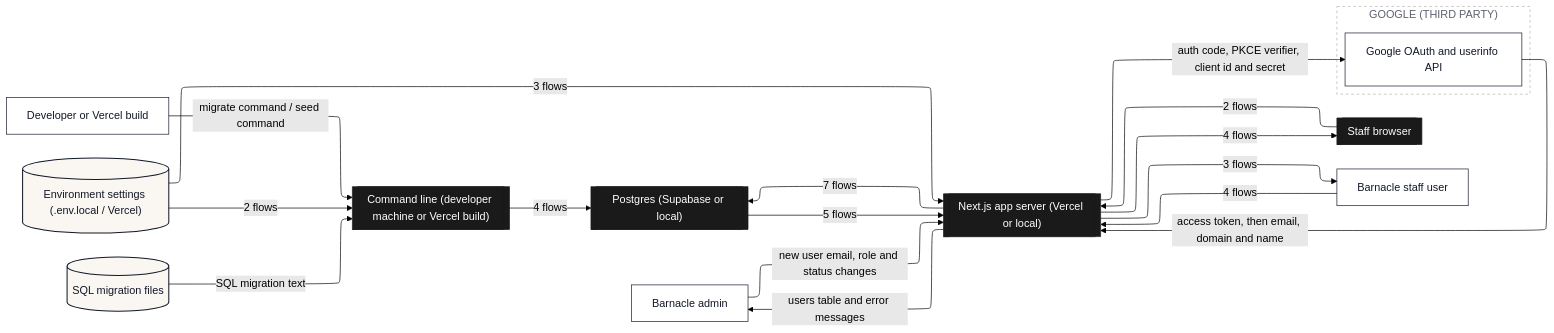
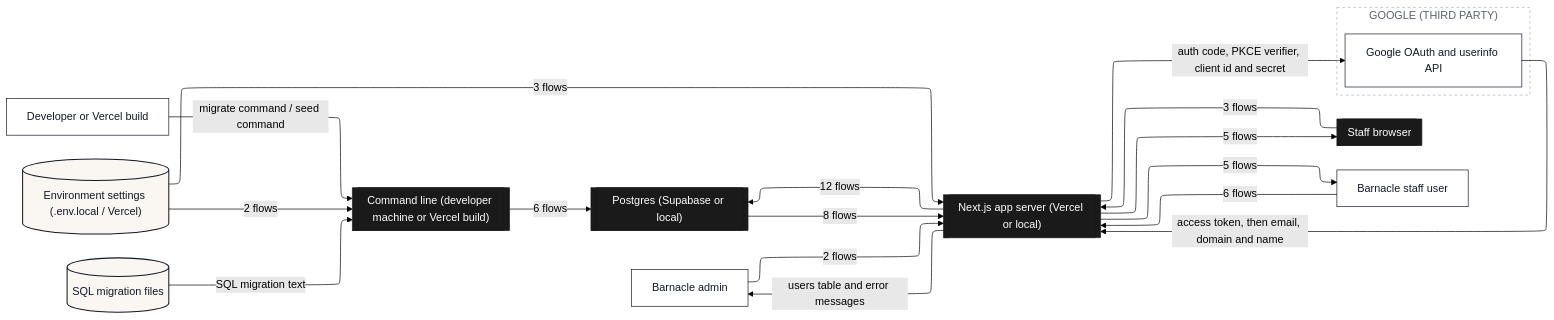
The second of 8 diagrams in dataflow/DATAFLOW.md (Romain-Perche/Barnacle-Pipe), drawn with Mermaid (forest theme) before and after one commit. The commit also changed other lines of this file and 12 other files, not shown here.

````diff
--- a/dataflow/DATAFLOW.md
+++ b/dataflow/DATAFLOW.md
@@ -67,44 +76,44 @@
 ```mermaid
 ---
 config:
   layout: elk
 ---
 flowchart LR
     n1[["Next.js app server (Vercel or local)"]]
     n2[["Staff browser"]]
     n3[["Command line (developer machine or Vercel build)"]]
     n4[["Postgres (Supabase or local)"]]
     n5["Barnacle admin"]
     n6["Developer or Vercel build"]
     n7[("Environment settings (.env.local / Vercel)")]
     n8[("SQL migration files")]
     n9["Barnacle staff user"]
     subgraph z1["GOOGLE (THIRD PARTY)"]
         n10["Google OAuth and userinfo API"]
     end
-    n5 -->|"new user email, role and status changes"| n1
-    n1 -->|"3 flows"| n9
-    n2 -->|"2 flows"| n1
-    n1 -->|"7 flows"| n4
+    n5 -->|"2 flows"| n1
+    n1 -->|"5 flows"| n9
+    n2 -->|"3 flows"| n1
+    n1 -->|"12 flows"| n4
+    n4 -->|"8 flows"| n1
     n6 -->|"migrate command / seed command"| n3
     n7 -->|"3 flows"| n1
     n7 -->|"2 flows"| n3
-    n1 -->|"4 flows"| n2
+    n1 -->|"5 flows"| n2
     n1 -->|"auth code, PKCE verifier, client id and secret"| n10
     n10 -->|"access token, then email, domain and name"| n1
-    n3 -->|"4 flows"| n4
+    n3 -->|"6 flows"| n4
     n8 -->|"SQL migration text"| n3
-    n4 -->|"5 flows"| n1
-    n9 -->|"4 flows"| n1
+    n9 -->|"6 flows"| n1
     n1 -->|"users table and error messages"| n5
     classDef actor fill:#FFFFFF,stroke:#111827,stroke-width:1px,color:#111827
     classDef process fill:#EDEAFF,stroke:#2B00FF,stroke-width:1.5px,color:#111827
     classDef store fill:#FAF6F1,stroke:#111827,stroke-width:1.5px,color:#111827
     classDef zone fill:#1A1A1A,stroke:#1A1A1A,color:#FFFFFF
     classDef group fill:#2B00FF,stroke:#2B00FF,color:#FFFFFF
     classDef stub fill:#FFFFFF,stroke:#2B00FF,stroke-width:1.5px,stroke-dasharray:5 4,color:#2B00FF
     class n5,n6,n9,n10 actor
     class n7,n8 store
     class n1,n2,n3,n4 zone
     style z1 fill:#FFFFFF,stroke:#B9B2A8,stroke-dasharray:4 4,color:#5D6270
 ```
````
